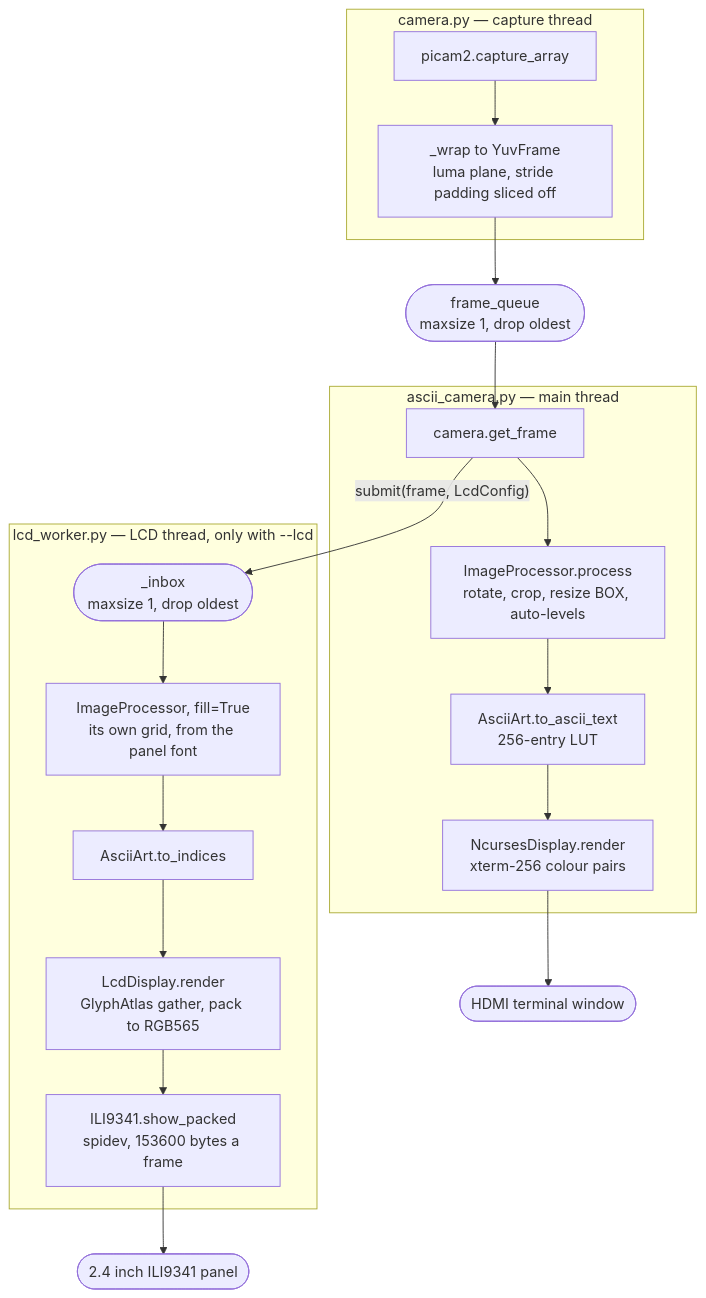
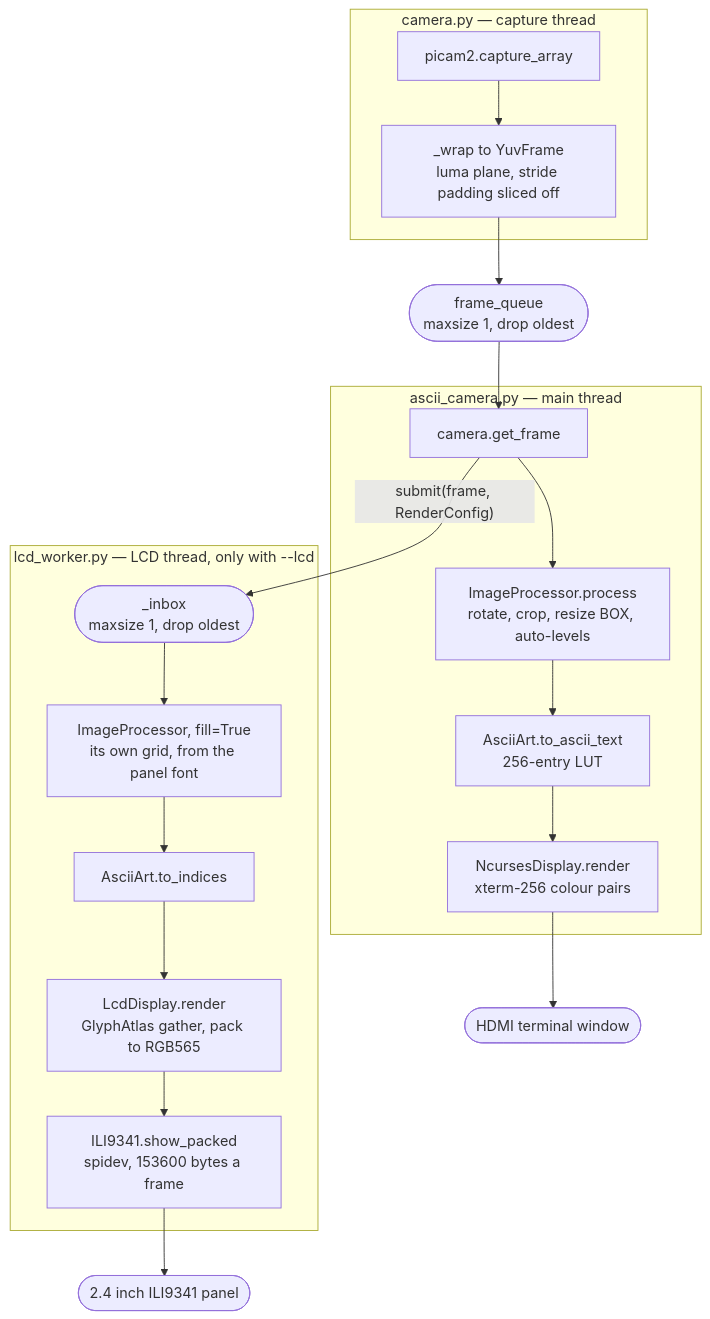
Before and after one commit to replicant1/AsciiArt-Pi: the second of 5 diagrams in README.md, drawn with Mermaid. The commit also changed other lines of this file and 10 other files, not shown here.

````diff
--- a/README.md
+++ b/README.md
@@ -409,35 +429,35 @@
 ```mermaid
 flowchart TB
     subgraph camthread["camera.py — capture thread"]
         CAP["picam2.capture_array"]
         WRAP["_wrap to YuvFrame<br/>luma plane, stride padding sliced off"]
         CAP --> WRAP
     end
 
     Q(["frame_queue<br/>maxsize 1, drop oldest"])
     WRAP --> Q
 
     subgraph mainthread["ascii_camera.py — main thread"]
         GET["camera.get_frame"]
         PROC["ImageProcessor.process<br/>rotate, crop, resize BOX, auto-levels"]
         ART["AsciiArt.to_ascii_text<br/>256-entry LUT"]
         REND["NcursesDisplay.render<br/>xterm-256 colour pairs"]
         GET --> PROC --> ART --> REND
     end
 
     Q --> GET
 
     subgraph lcdthread["lcd_worker.py — LCD thread, only with --lcd"]
         INBOX(["_inbox<br/>maxsize 1, drop oldest"])
         LPROC["ImageProcessor, fill=True<br/>its own grid, from the panel font"]
         LART["AsciiArt.to_indices"]
         LREND["LcdDisplay.render<br/>GlyphAtlas gather, pack to RGB565"]
         LSPI["ILI9341.show_packed<br/>spidev, 153600 bytes a frame"]
         INBOX --> LPROC --> LART --> LREND --> LSPI
     end
 
-    GET -->|"submit(frame, LcdConfig)"| INBOX
+    GET -->|"submit(frame, RenderConfig)"| INBOX
 
     REND --> TERM(["HDMI terminal window"])
     LSPI --> PANEL(["2.4 inch ILI9341 panel"])
 ```
````
